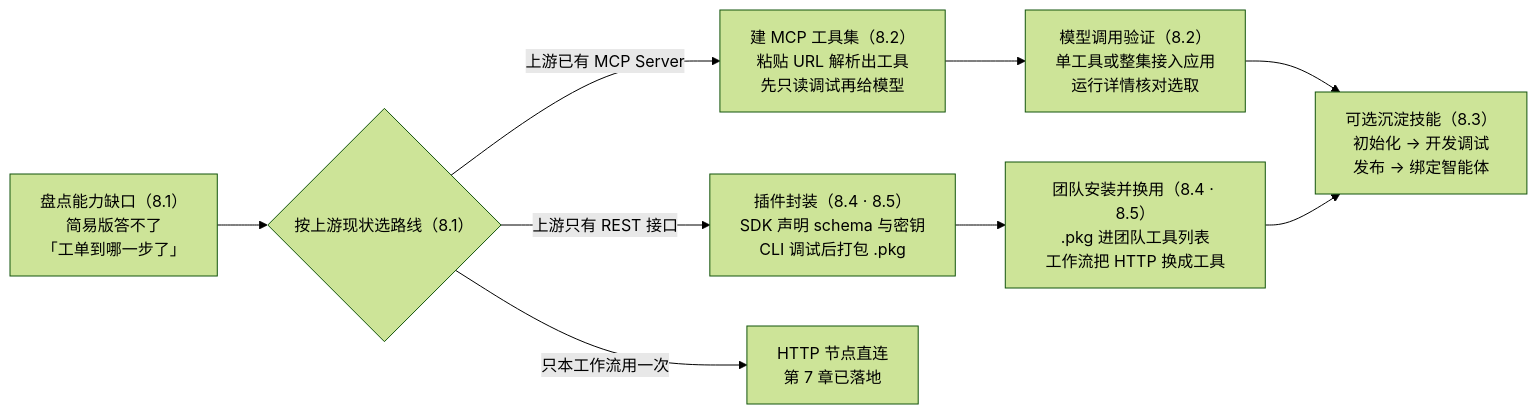
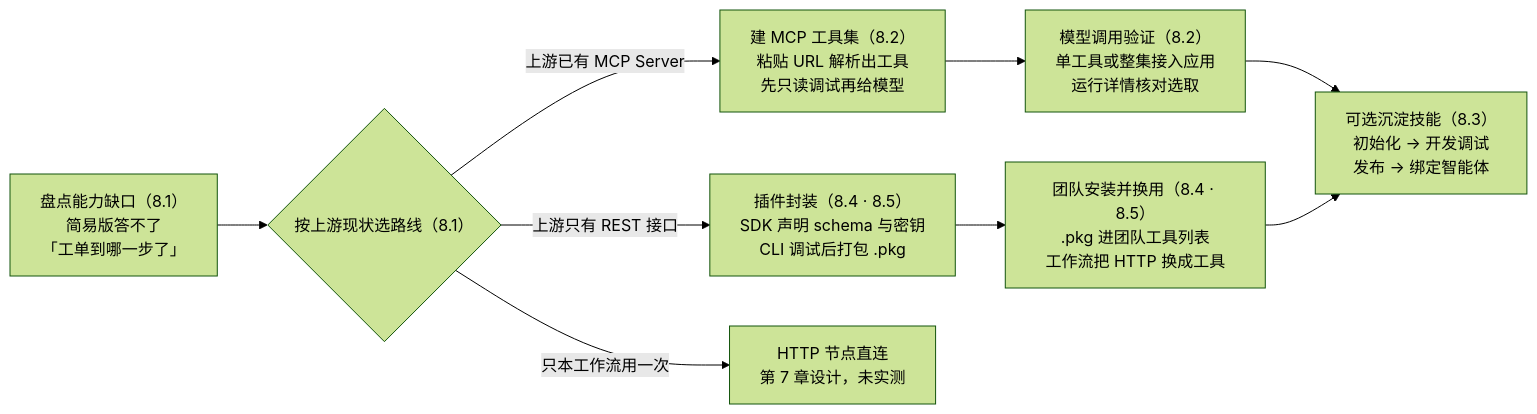
Before and after one commit to ybak/ai-tutorial: the first of 4 diagrams in books/fastgpt/chapters/08-tools-skills.md, drawn with Mermaid (forest theme). The commit also changed other lines of this file and 21 other files, not shown here.

````diff
--- a/books/fastgpt/chapters/08-tools-skills.md
+++ b/books/fastgpt/chapters/08-tools-skills.md
@@ -11,11 +11,11 @@
 ```mermaid
 flowchart LR
     A["盘点能力缺口（8.1）<br/>简易版答不了<br/>「工单到哪一步了」"] --> B{"按上游现状选路线（8.1）"}
     B -->|"上游已有 MCP Server"| C["建 MCP 工具集（8.2）<br/>粘贴 URL 解析出工具<br/>先只读调试再给模型"]
     B -->|"上游只有 REST 接口"| D["插件封装（8.4 · 8.5）<br/>SDK 声明 schema 与密钥<br/>CLI 调试后打包 .pkg"]
-    B -->|"只本工作流用一次"| E["HTTP 节点直连<br/>第 7 章已落地"]
+    B -->|"只本工作流用一次"| E["HTTP 节点直连<br/>第 7 章设计，未实测"]
     C --> F["模型调用验证（8.2）<br/>单工具或整集接入应用<br/>运行详情核对选取"]
     D --> G["团队安装并换用（8.4 · 8.5）<br/>.pkg 进团队工具列表<br/>工作流把 HTTP 换成工具"]
     F --> H["可选沉淀技能（8.3）<br/>初始化 → 开发调试<br/>发布 → 绑定智能体"]
     G --> H
 ```
````
